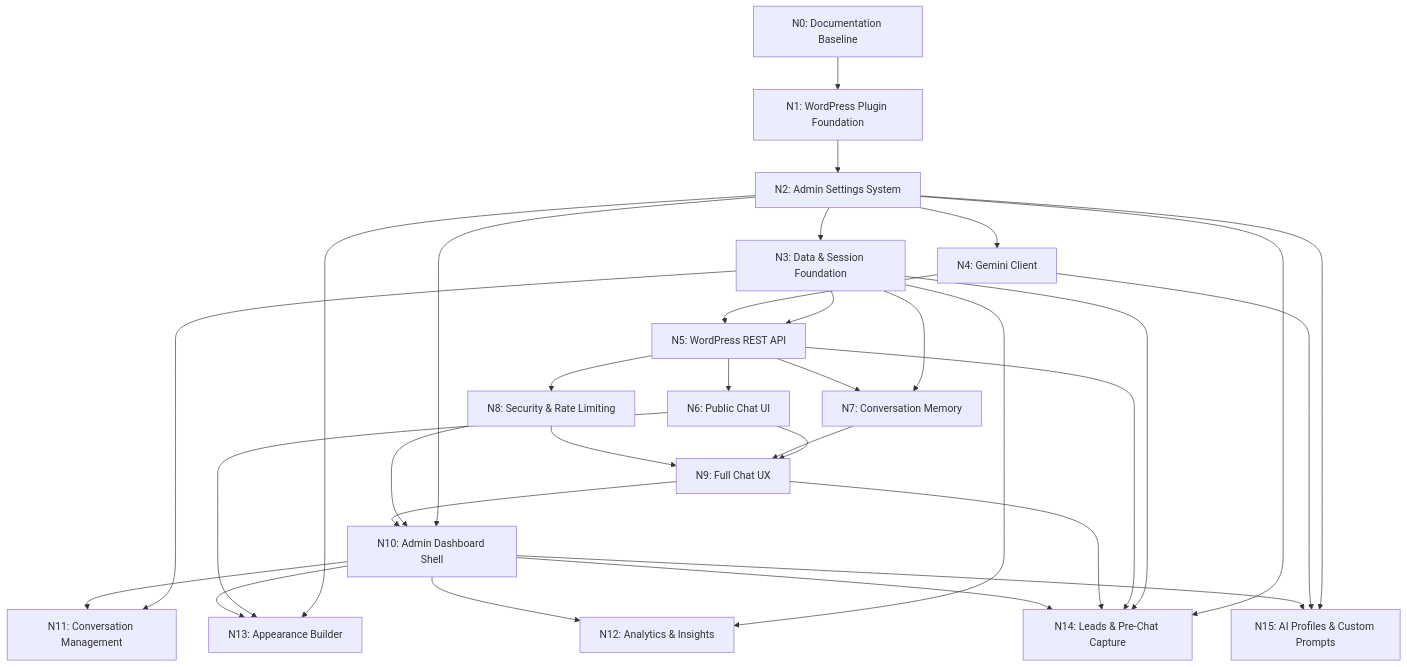
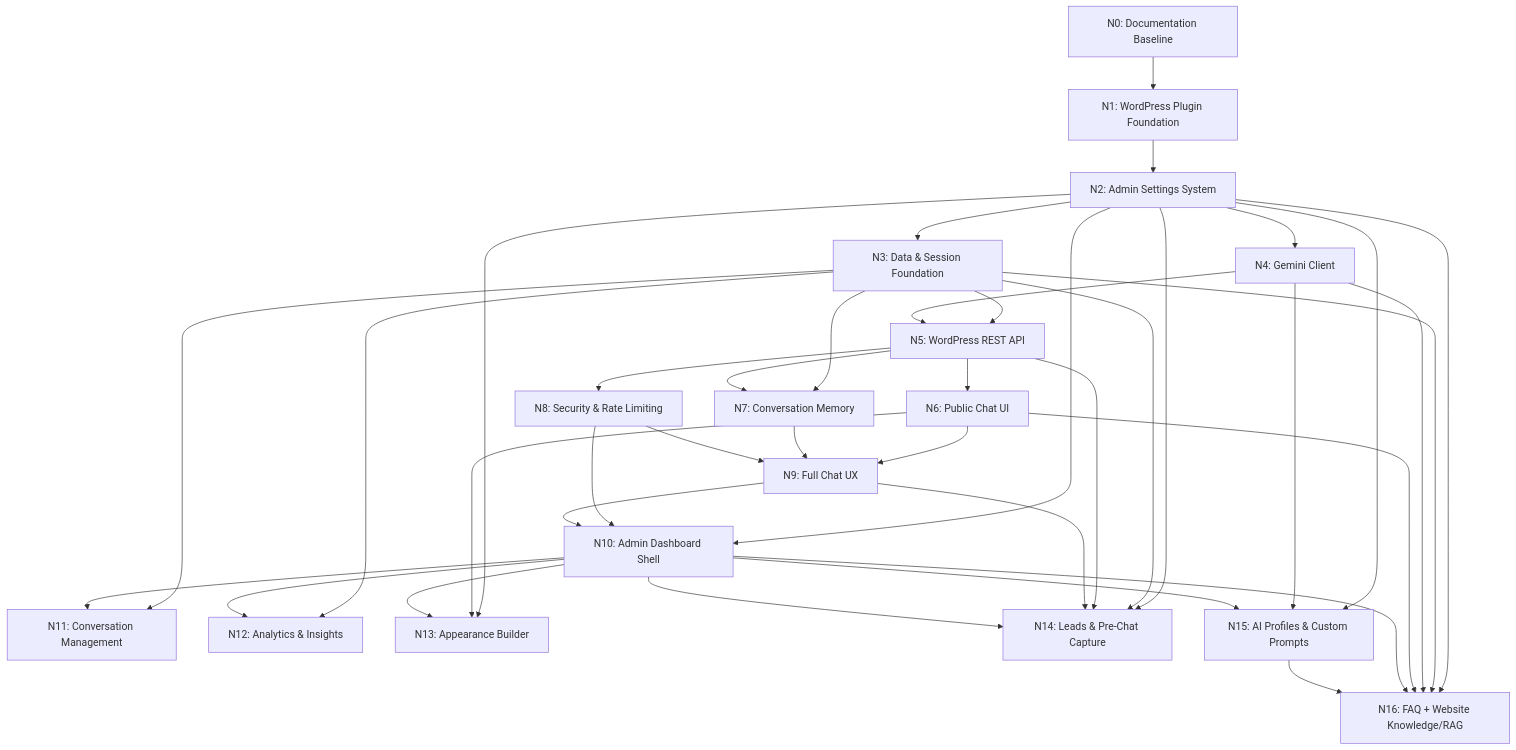
The diagram in ROADMAP.md (jattiphrswan/chatbot), drawn with Mermaid before and after one commit. The commit also changed other lines of this file and 31 other files, not shown here.

Commit message:
feat: complete Node N16 FAQ and Website Knowledge RAG

````diff
--- a/ROADMAP.md
+++ b/ROADMAP.md
@@ -5,34 +5,40 @@
 ```mermaid
 flowchart TD
     N0[N0: Documentation Baseline] --> N1[N1: WordPress Plugin Foundation]
     N1 --> N2[N2: Admin Settings System]
     N2 --> N3[N3: Data & Session Foundation]
     N2 --> N4[N4: Gemini Client]
     N3 --> N5[N5: WordPress REST API]
     N4 --> N5
     N5 --> N6[N6: Public Chat UI]
     N3 --> N7[N7: Conversation Memory]
     N5 --> N7
     N5 --> N8[N8: Security & Rate Limiting]
     N6 --> N9[N9: Full Chat UX]
     N7 --> N9
     N8 --> N9
     N2 --> N10[N10: Admin Dashboard Shell]
     N8 --> N10
     N9 --> N10
     N3 --> N11[N11: Conversation Management]
     N10 --> N11
     N3 --> N12[N12: Analytics & Insights]
     N10 --> N12
     N2 --> N13[N13: Appearance Builder]
     N6 --> N13
     N10 --> N13
     N2 --> N14[N14: Leads & Pre-Chat Capture]
     N3 --> N14
     N5 --> N14
     N9 --> N14
     N10 --> N14
     N2 --> N15[N15: AI Profiles & Custom Prompts]
     N4 --> N15
     N10 --> N15
+    N2 --> N16[N16: FAQ + Website Knowledge/RAG]
+    N3 --> N16
+    N4 --> N16
+    N6 --> N16
+    N10 --> N16
+    N15 --> N16
 ```
````
